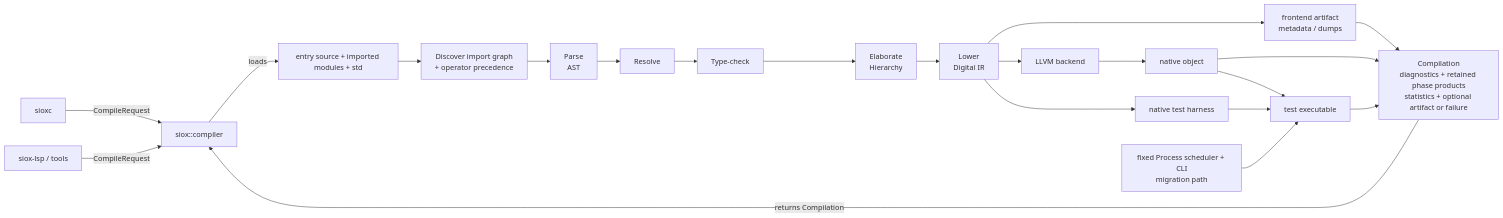
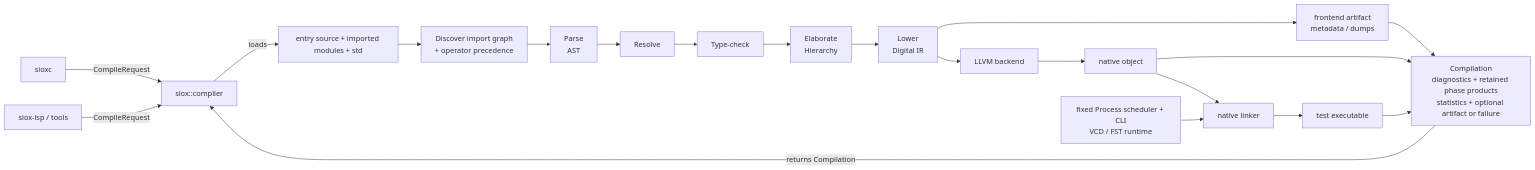
Before and after one commit to Siox-lang/sioxc: the diagram in docs/README.md, drawn with Mermaid. The commit also changed other lines of this file and 57 other files, not shown here.

````diff
--- a/docs/README.md
+++ b/docs/README.md
@@ -40,26 +37,25 @@
 ```mermaid
 flowchart LR
     CLI["sioxc"] -->|CompileRequest| API["siox::compiler"]
     LSP["siox-lsp / tools"] -->|CompileRequest| API
 
     API -->|loads| SRC["entry source + imported modules + std"]
     SRC --> DISC["Discover import graph<br/>+ operator precedence"]
     DISC --> AST["Parse<br/>AST"]
     AST --> RES["Resolve"]
     RES --> TYPE["Type-check"]
     TYPE --> ELAB["Elaborate<br/>Hierarchy"]
     ELAB --> IR["Lower<br/>Digital IR"]
 
     IR --> FRONT["frontend artifact<br/>metadata / dumps"]
     IR --> LLVM["LLVM backend"]
-    IR --> HARNESS["native test harness"]
     LLVM --> OBJ["native object"]
-    OBJ --> TEST["test executable"]
-    HARNESS --> TEST
-    FIXED["fixed Process scheduler + CLI<br/>migration path"] --> TEST
+    OBJ --> LINK["native linker"]
+    FIXED["fixed Process scheduler + CLI<br/>VCD / FST runtime"] --> LINK
+    LINK --> TEST["test executable"]
 
     FRONT --> RESULT["Compilation<br/>diagnostics + retained phase products<br/>statistics + optional artifact or failure"]
     OBJ --> RESULT
     TEST --> RESULT
     RESULT -->|returns Compilation| API
 ```
````
